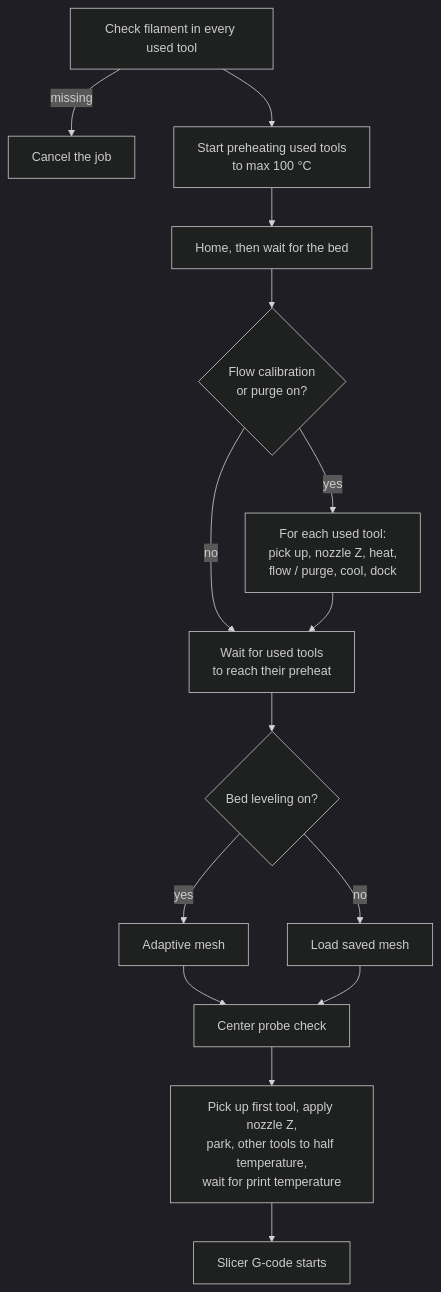
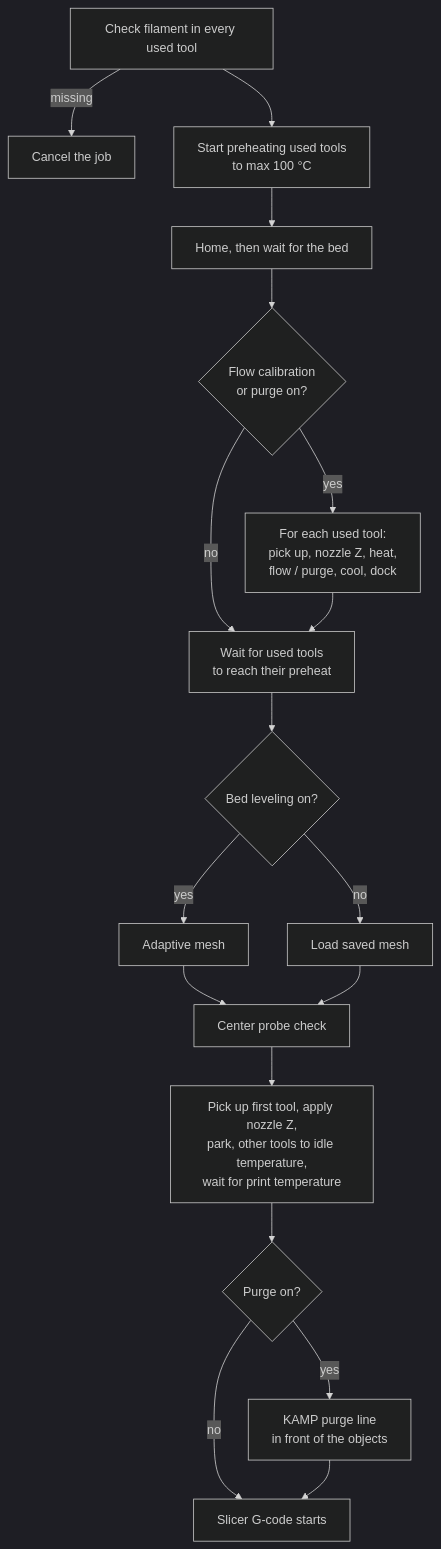
One commit to FlashForge-C5-Modding-Group/OpenCreator changed the diagram in docs/print-workflow.md. Above: the diagram before and after it, drawn with Mermaid (dark theme). The commit also changed other lines of this file and 4 other files, not shown here.

Commit message:
ace pro and flow updates

````diff
--- a/docs/print-workflow.md
+++ b/docs/print-workflow.md
@@ -16,17 +16,20 @@
 ```mermaid
 flowchart TD
   A[Check filament in every used tool] -->|missing| X[Cancel the job]
   A --> C[Start preheating used tools<br/>to max 100 °C]
   C --> B[Home, then wait for the bed]
   B --> D{Flow calibration<br/>or purge on?}
   D -->|yes| E[For each used tool:<br/>pick up, nozzle Z, heat,<br/>flow / purge, cool, dock]
   D -->|no| W
   E --> W[Wait for used tools<br/>to reach their preheat]
   W --> F{Bed leveling on?}
   F -->|yes| G[Adaptive mesh]
   F -->|no| H[Load saved mesh]
   G --> I[Center probe check]
   H --> I
-  I --> J[Pick up first tool, apply nozzle Z,<br/>park, other tools to half temperature,<br/>wait for print temperature]
-  J --> K[Slicer G-code starts]
+  I --> J[Pick up first tool, apply nozzle Z,<br/>park, other tools to idle temperature,<br/>wait for print temperature]
+  J --> L{Purge on?}
+  L -->|yes| M[KAMP purge line<br/>in front of the objects]
+  L -->|no| K
+  M --> K[Slicer G-code starts]
 ```
````
